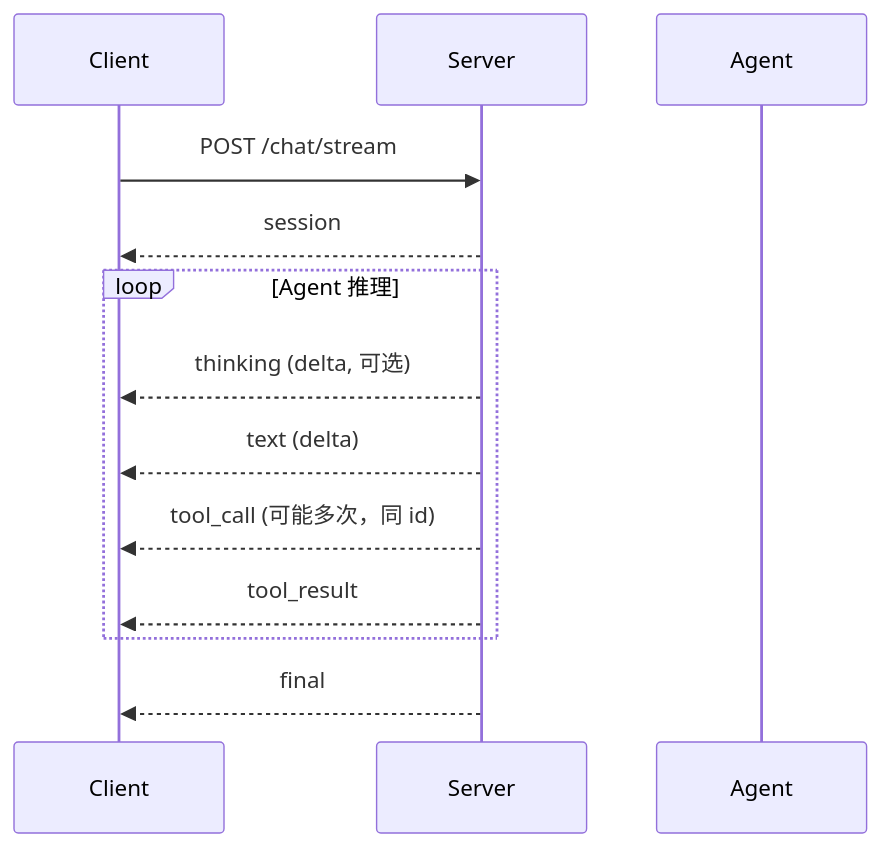
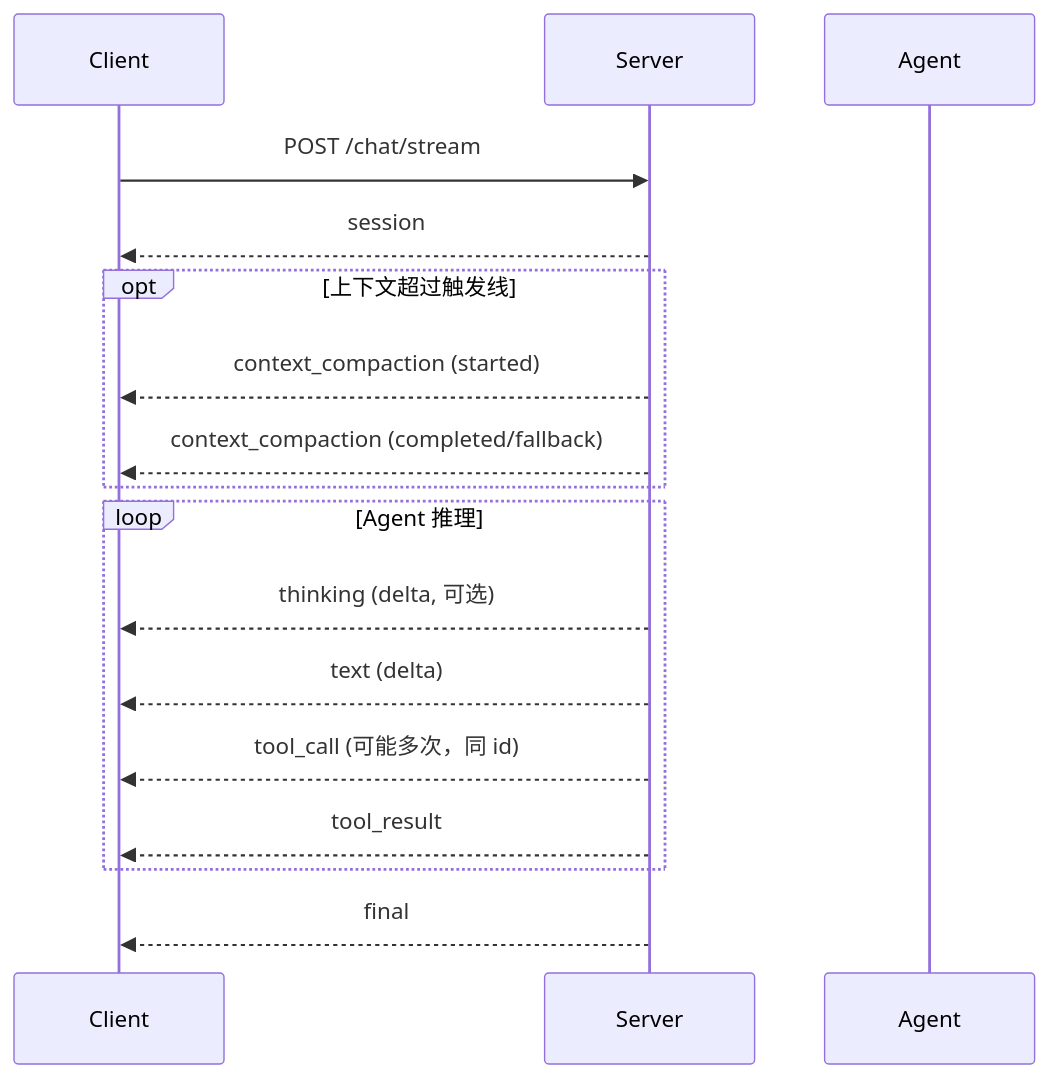
The diagram in docs/guides/sse-protocol.md (hxz1993/deep-agent), drawn with Mermaid before and after one commit. The commit also changed other lines of this file and 39 other files, not shown here.

````diff
--- a/docs/guides/sse-protocol.md
+++ b/docs/guides/sse-protocol.md
@@ -116,16 +116,20 @@
 ```mermaid
 sequenceDiagram
     participant Client
     participant Server
     participant Agent
 
     Client->>Server: POST /chat/stream
     Server-->>Client: session
+    opt 上下文超过触发线
+        Server-->>Client: context_compaction (started)
+        Server-->>Client: context_compaction (completed/fallback)
+    end
     loop Agent 推理
         Server-->>Client: thinking (delta, 可选)
         Server-->>Client: text (delta)
         Server-->>Client: tool_call (可能多次，同 id)
         Server-->>Client: tool_result
     end
     Server-->>Client: final
 ```
````
